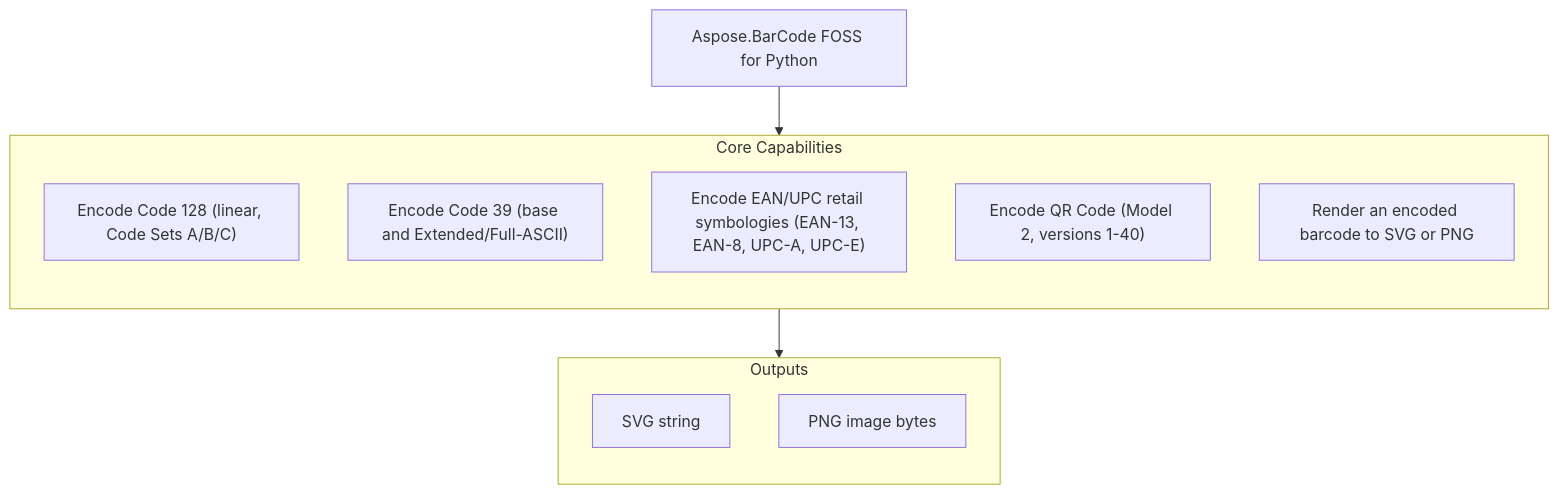
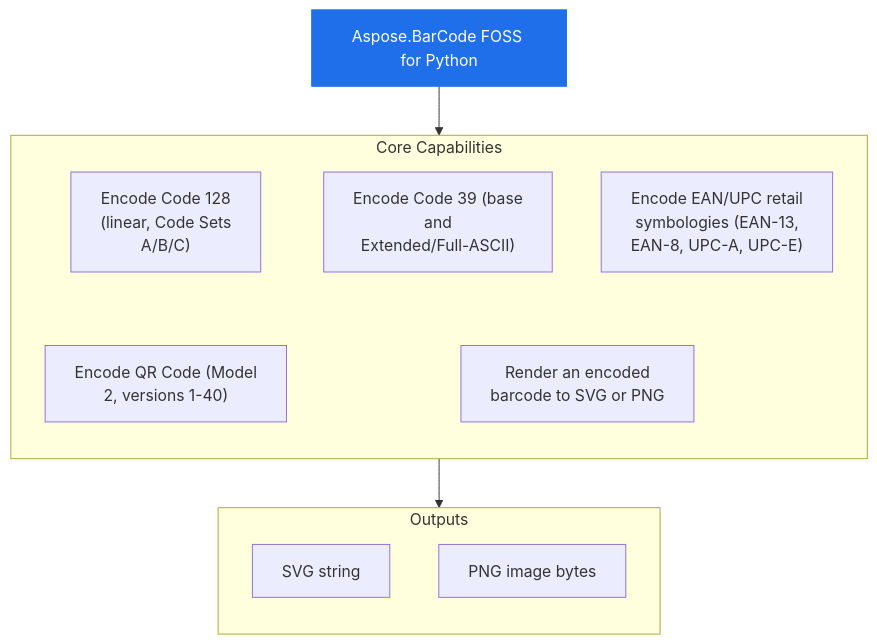
Before and after one commit to babar-raza/repo-presenter: the diagram in 06eca5c01e13ed6d59a640f1cf330c1c5a57d151/README.md, drawn with Mermaid. The commit also changed 6 other files, not shown here.

Commit message:
bundle: aspose-barcode-foss/Aspose.BarCode-FOSS-for-Python lane L 06eca5c01e13ed6d59a640f1cf330c1c5a57d151

````diff
--- a/06eca5c01e13ed6d59a640f1cf330c1c5a57d151/README.md
+++ b/06eca5c01e13ed6d59a640f1cf330c1c5a57d151/README.md
@@ -30,18 +30,23 @@
 ```mermaid
-flowchart TD
+flowchart TB
   PRODUCT["Aspose.BarCode FOSS for Python"]
   subgraph Capabilities["Core Capabilities"]
     direction TB
-    c1["Encode Code 128 (linear, Code Sets A/B/C)"]
-    c2["Encode Code 39 (base and Extended/Full-ASCII)"]
-    c3["Encode EAN/UPC retail symbologies (EAN-13, EAN-8, UPC-A, UPC-E)"]
-    c4["Encode QR Code (Model 2, versions 1-40)"]
-    c5["Render an encoded barcode to SVG or PNG"]
+    c1["Encode Code 128<br/>(linear, Code Sets<br/>A/B/C)"]
+    c2["Encode Code 39 (base<br/>and<br/>Extended/Full-ASCII)"]
+    c3["Encode EAN/UPC retail<br/>symbologies (EAN-13,<br/>EAN-8, UPC-A, UPC-E)"]
+    c4["Encode QR Code (Model<br/>2, versions 1-40)"]
+    c5["Render an encoded<br/>barcode to SVG or PNG"]
+    c1 ~~~ c4
+    c2 ~~~ c5
+    c3 ~~~ c5
   end
   subgraph Outputs["Outputs"]
     direction TB
     o1["SVG string"]
     o2["PNG image bytes"]
   end
   PRODUCT --> Capabilities --> Outputs
+  classDef product fill:#1f6feb,stroke:#1f6feb,color:#ffffff
+  class PRODUCT product
 ```
````
